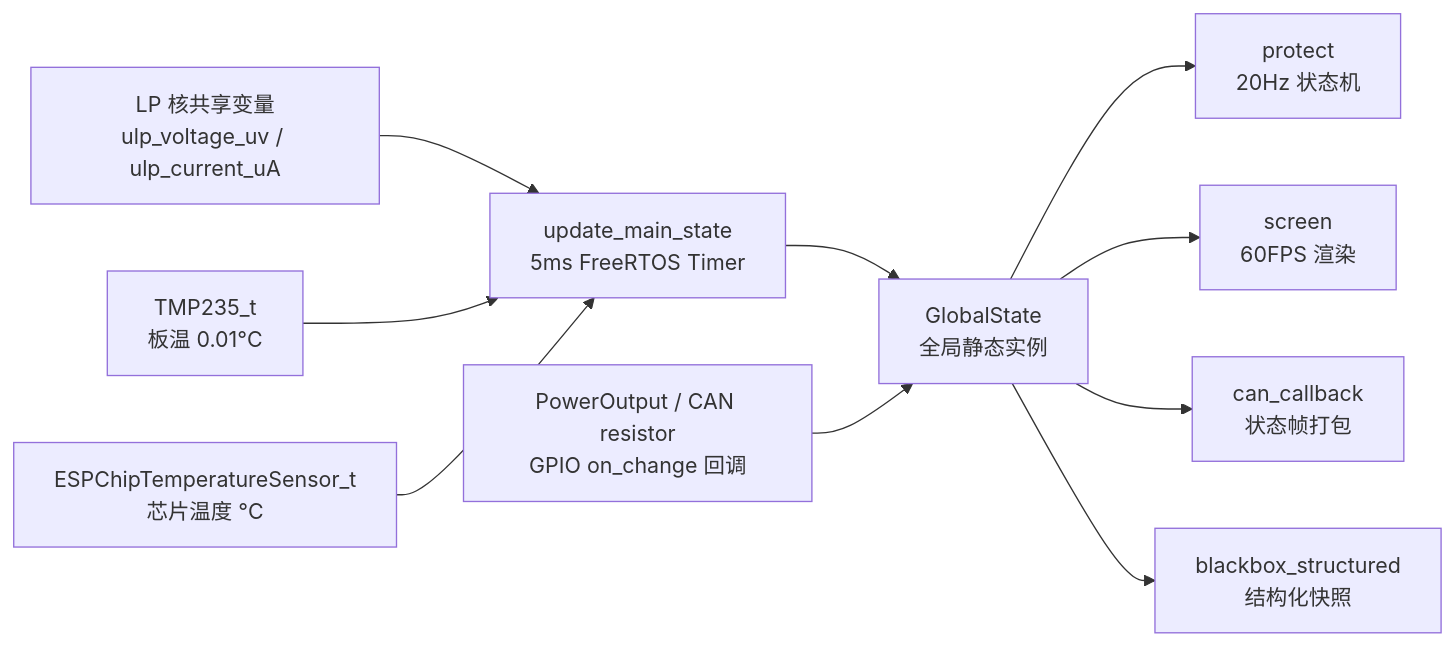
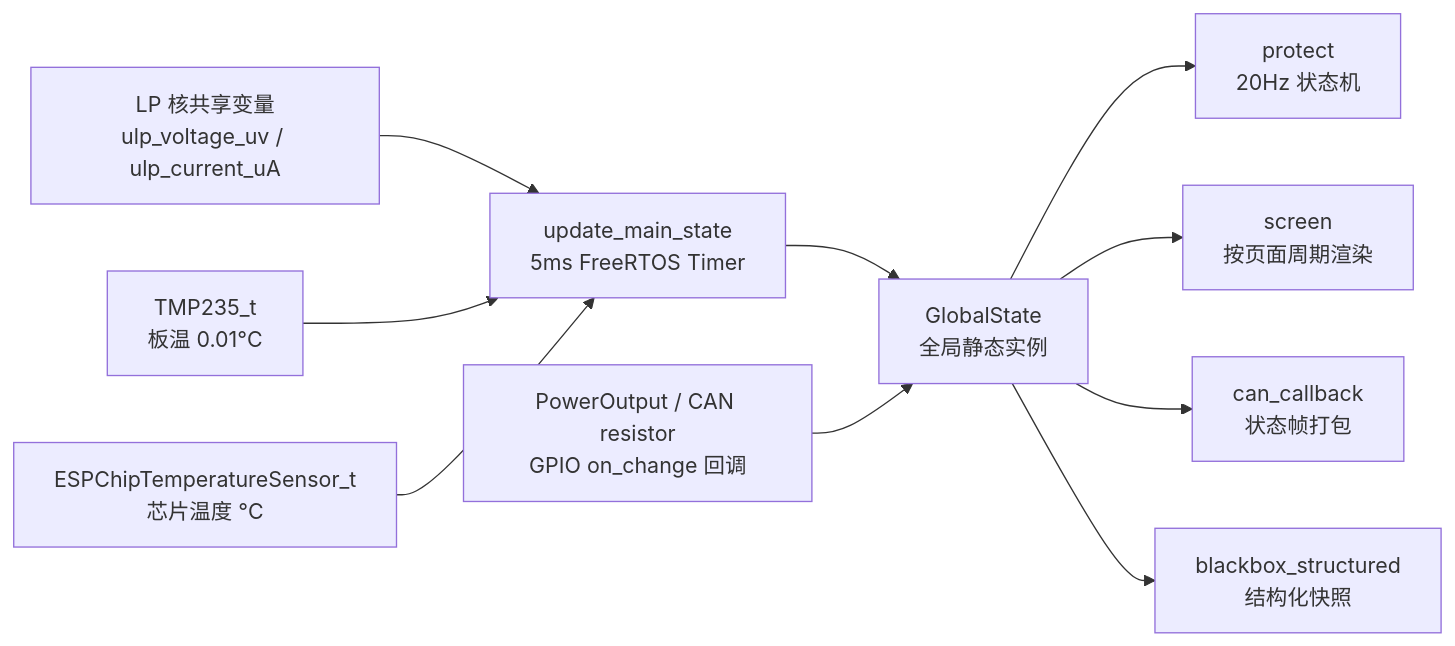
One commit to qingmeijiupiao/Wireless_power_meter_lite changed the first of 2 diagrams in components/app/global_state/README.md. Above: the diagram before and after it, drawn with Mermaid. The commit also changed other lines of this file and 13 other files, not shown here.

````diff
--- a/components/app/global_state/README.md
+++ b/components/app/global_state/README.md
@@ -14,13 +14,13 @@
 ```mermaid
 flowchart LR
     ULP["LP 核共享变量<br/>ulp_voltage_uv / ulp_current_uA"] --> Timer["update_main_state<br/>5ms FreeRTOS Timer"]
     TMP["TMP235_t<br/>板温 0.01°C"] --> Timer
     CHIP["ESPChipTemperatureSensor_t<br/>芯片温度 °C"] --> Timer
     Timer --> GS["GlobalState<br/>全局静态实例"]
 
     GS --> Protect["protect<br/>20Hz 状态机"]
-    GS --> Screen["screen<br/>60FPS 渲染"]
+    GS --> Screen["screen<br/>按页面周期渲染"]
     GS --> CAN["can_callback<br/>状态帧打包"]
     GS --> BlackBox["blackbox_structured<br/>结构化快照"]
     Power["PowerOutput / CAN resistor<br/>GPIO on_change 回调"] --> GS
 ```
````
